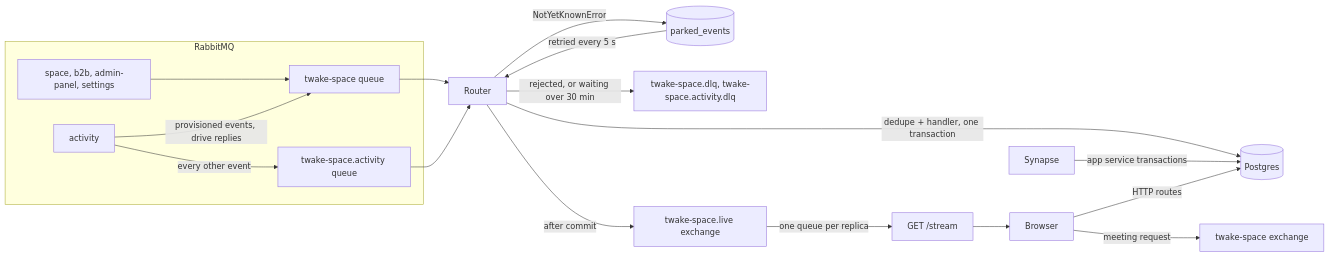
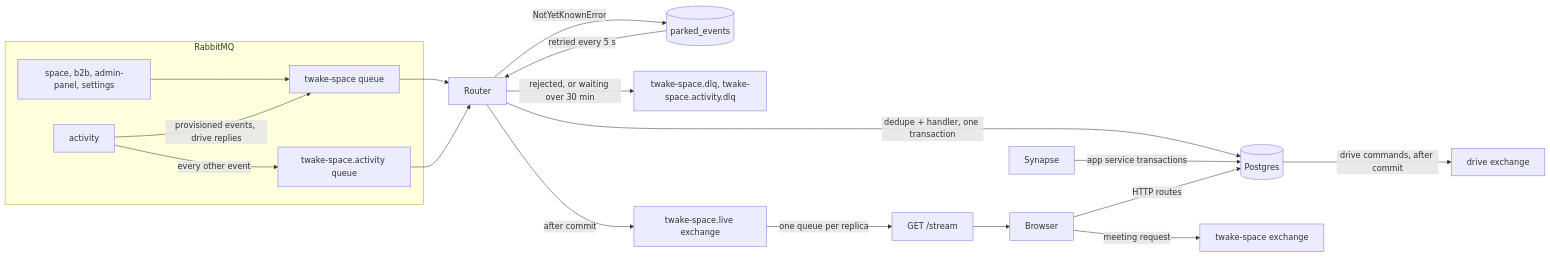
Before and after one commit to linagora/twake-space: the first of 6 diagrams in docs/events.md, drawn with Mermaid. The commit also changed other lines of this file and 11 other files, not shown here.

First line of the commit message:
feat(backend): store drive commands and publish them to the drive exchange

````diff
--- a/docs/events.md
+++ b/docs/events.md
@@ -16,24 +16,25 @@
 ```mermaid
 flowchart LR
   subgraph RabbitMQ
     P["space, b2b, admin-panel, settings"]
     A[activity]
     Q[twake-space queue]
     AQ[twake-space.activity queue]
   end
   P --> Q
   A -->|provisioned events, drive replies| Q
   A -->|every other event| AQ
   Q --> R[Router]
   AQ --> R
   R -->|dedupe + handler, one transaction| PG[(Postgres)]
   R -->|NotYetKnownError| PE[(parked_events)]
   PE -->|retried every 5 s| R
   R -->|rejected, or waiting over 30 min| DLQ["twake-space.dlq, twake-space.activity.dlq"]
   R -->|after commit| L[twake-space.live exchange]
   L -->|one queue per replica| SSE[GET /stream]
   MX[Synapse] -->|app service transactions| PG
   SSE --> B[Browser]
   B -->|HTTP routes| PG
   B -->|meeting request| M[twake-space exchange]
+  PG -->|drive commands, after commit| D[drive exchange]
 ```
````
